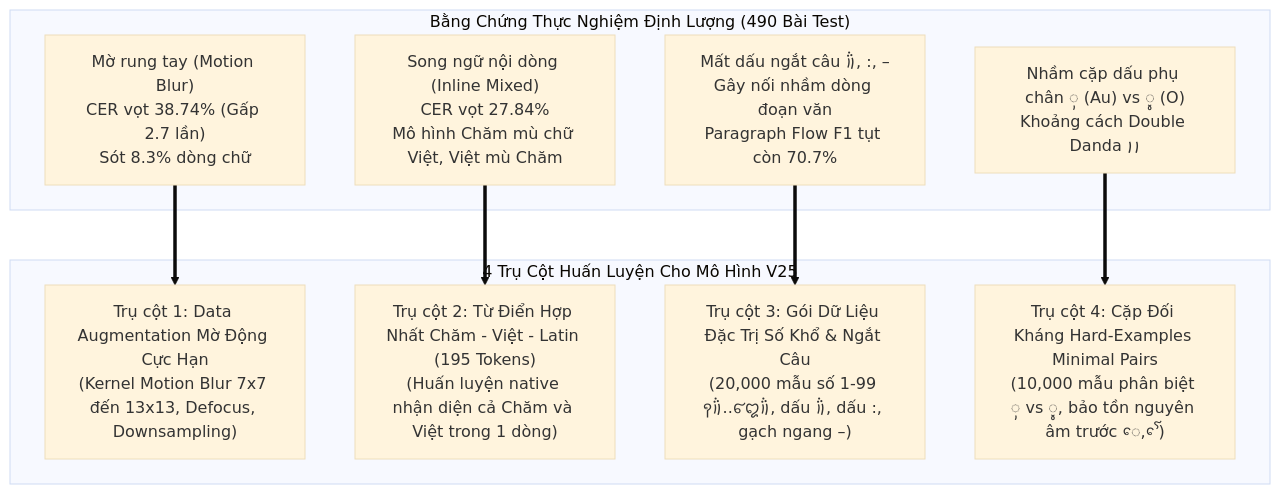
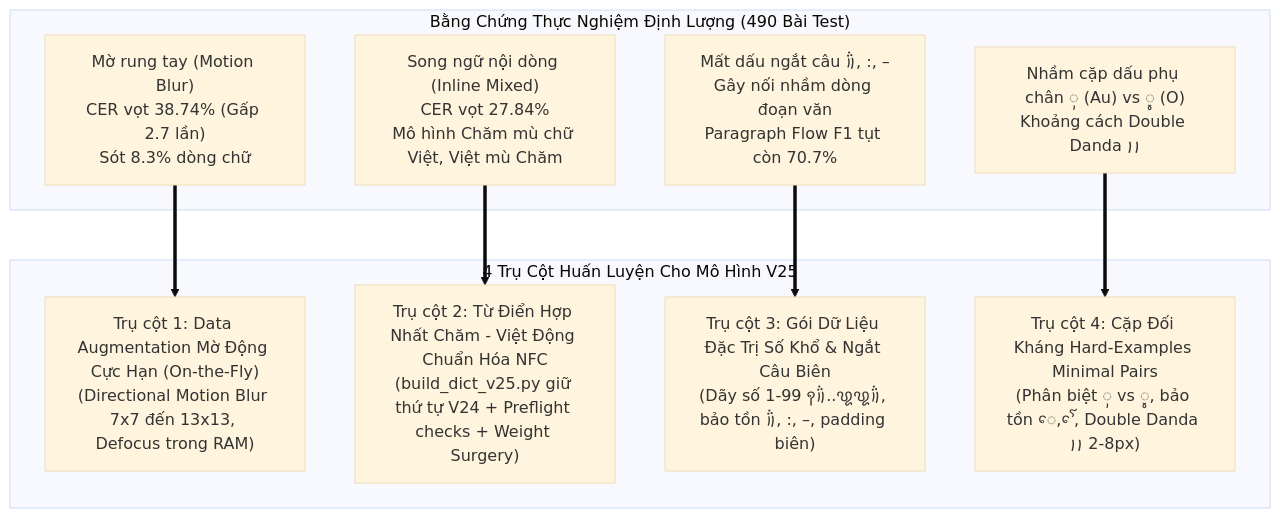
Before and after one commit to phucsd/Cham-OCR: the first of 2 diagrams in ocr-training/TRAINING_ROADMAP_V25.md, drawn with Mermaid (base theme). The commit also changed other lines of this file and 113 other files, not shown here.

````diff
--- a/ocr-training/TRAINING_ROADMAP_V25.md
+++ b/ocr-training/TRAINING_ROADMAP_V25.md
@@ -9,21 +9,21 @@
 ```mermaid
 flowchart TD
     subgraph Benchmark_Evidence["Bằng Chứng Thực Nghiệm Định Lượng (490 Bài Test)"]
         E1["Mờ rung tay (Motion Blur)<br/>CER vọt 38.74% (Gấp 2.7 lần)<br/>Sót 8.3% dòng chữ"]
         E2["Song ngữ nội dòng (Inline Mixed)<br/>CER vọt 27.84%<br/>Mô hình Chăm mù chữ Việt, Việt mù Chăm"]
         E3["Mất dấu ngắt câu ꩞, :, –<br/>Gây nối nhầm dòng đoạn văn<br/>Paragraph Flow F1 tụt còn 70.7%"]
         E4["Nhầm cặp dấu phụ chân ꨲ (Au) vs ꨶ (O)<br/>Khoảng cách Double Danda ꩝꩝"]
     end
 
     subgraph Solutions_V25["4 Trụ Cột Huấn Luyện Cho Mô Hình V25"]
-        P1["Trụ cột 1: Data Augmentation Mờ Động Cực Hạn<br/>(Kernel Motion Blur 7x7 đến 13x13, Defocus, Downsampling)"]
-        P2["Trụ cột 2: Từ Điển Hợp Nhất Chăm - Việt - Latin (195 Tokens)<br/>(Huấn luyện native nhận diện cả Chăm và Việt trong 1 dòng)"]
-        P3["Trụ cột 3: Gói Dữ Liệu Đặc Trị Số Khổ & Ngắt Câu<br/>(20,000 mẫu số 1-99 ꩑꩞..꩔꩓꩞, dấu ꩞, dấu :, gạch ngang –)"]
-        P4["Trụ cột 4: Cặp Đối Kháng Hard-Examples Minimal Pairs<br/>(10,000 mẫu phân biệt ꨲ vs ꨶ, bảo tồn nguyên âm trước ꨯ, ꨯꨱ)"]
+        P1["Trụ cột 1: Data Augmentation Mờ Động Cực Hạn (On-the-Fly)<br/>(Directional Motion Blur 7x7 đến 13x13, Defocus trong RAM)"]
+        P2["Trụ cột 2: Từ Điển Hợp Nhất Chăm - Việt Động Chuẩn Hóa NFC<br/>(build_dict_v25.py giữ thứ tự V24 + Preflight checks + Weight Surgery)"]
+        P3["Trụ cột 3: Gói Dữ Liệu Đặc Trị Số Khổ & Ngắt Câu Biên<br/>(Dãy số 1-99 ꩑꩞..꩙꩙꩞, bảo tồn ꩞, :, –, padding biên)"]
+        P4["Trụ cột 4: Cặp Đối Kháng Hard-Examples Minimal Pairs<br/>(Phân biệt ꨲ vs ꨶ, bảo tồn ꨯ, ꨯꨱ, Double Danda ꩝꩝ 2-8px)"]
     end
 
     E1 ==> P1
     E2 ==> P2
     E3 ==> P3
     E4 ==> P4
 ```
````
